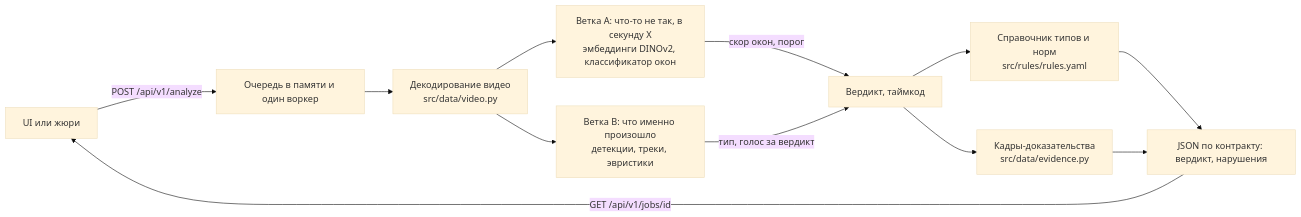
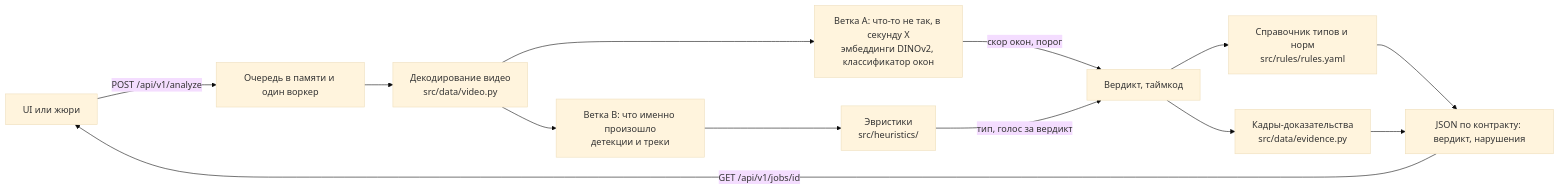
One commit to M1kado0/forte-datathon changed the diagram in README.md. Above: the diagram before and after it, drawn with Mermaid (base theme). The commit also changed other lines of this file, not shown here.

Commit message:
docs(#35): review fixes: uv run line for every make target, no hand-typed counts, heuristics node

````diff
--- a/README.md
+++ b/README.md
@@ -128,14 +132,15 @@
 ```mermaid
 flowchart LR
     U["UI или жюри"] -->|POST /api/v1/analyze| Q["Очередь в памяти и один воркер"]
     Q --> V["Декодирование видео<br/>src/data/video.py"]
     V --> A["Ветка A: что-то не так, в секунду X<br/>эмбеддинги DINOv2, классификатор окон"]
-    V --> B["Ветка B: что именно произошло<br/>детекции, треки, эвристики"]
+    V --> B["Ветка B: что именно произошло<br/>детекции и треки"]
+    B --> H["Эвристики<br/>src/heuristics/"]
     A -->|скор окон, порог| M["Вердикт, таймкод"]
-    B -->|тип, голос за вердикт| M
+    H -->|тип, голос за вердикт| M
     M --> R["Справочник типов и норм<br/>src/rules/rules.yaml"]
     M --> E["Кадры-доказательства<br/>src/data/evidence.py"]
     R --> O["JSON по контракту: вердикт, нарушения"]
     E --> O
     O -->|GET /api/v1/jobs/id| U
 ```
````
